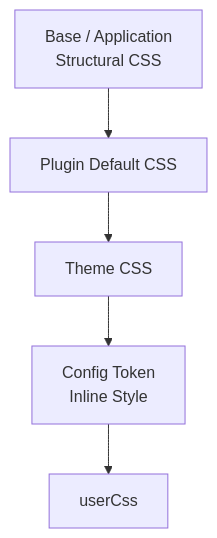
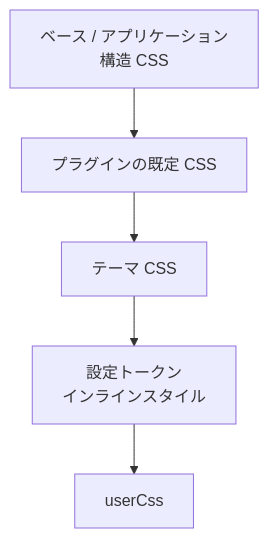
Before and after one commit to Rerurate514/riebeckite: the first of 2 diagrams in docs/docs/framework/theme-system/css.ja.md, drawn with Mermaid. The commit also changed other lines of this file and 310 other files, not shown here.

````diff
--- a/docs/docs/framework/theme-system/css.ja.md
+++ b/docs/docs/framework/theme-system/css.ja.md
@@ -231,13 +197,13 @@
 ```mermaid id="e5j94x"
 flowchart TD
-    Base["Base / Application<br/>Structural CSS"]
-    Plugin["Plugin Default CSS"]
-    Theme["Theme CSS"]
-    Token["Config Token<br/>Inline Style"]
+    Base["ベース / アプリケーション<br/>構造 CSS"]
+    Plugin["プラグインの既定 CSS"]
+    Theme["テーマ CSS"]
+    Token["設定トークン<br/>インラインスタイル"]
     User["userCss"]
 
     Base --> Plugin
     Plugin --> Theme
     Theme --> Token
     Token --> User
 ```
````
